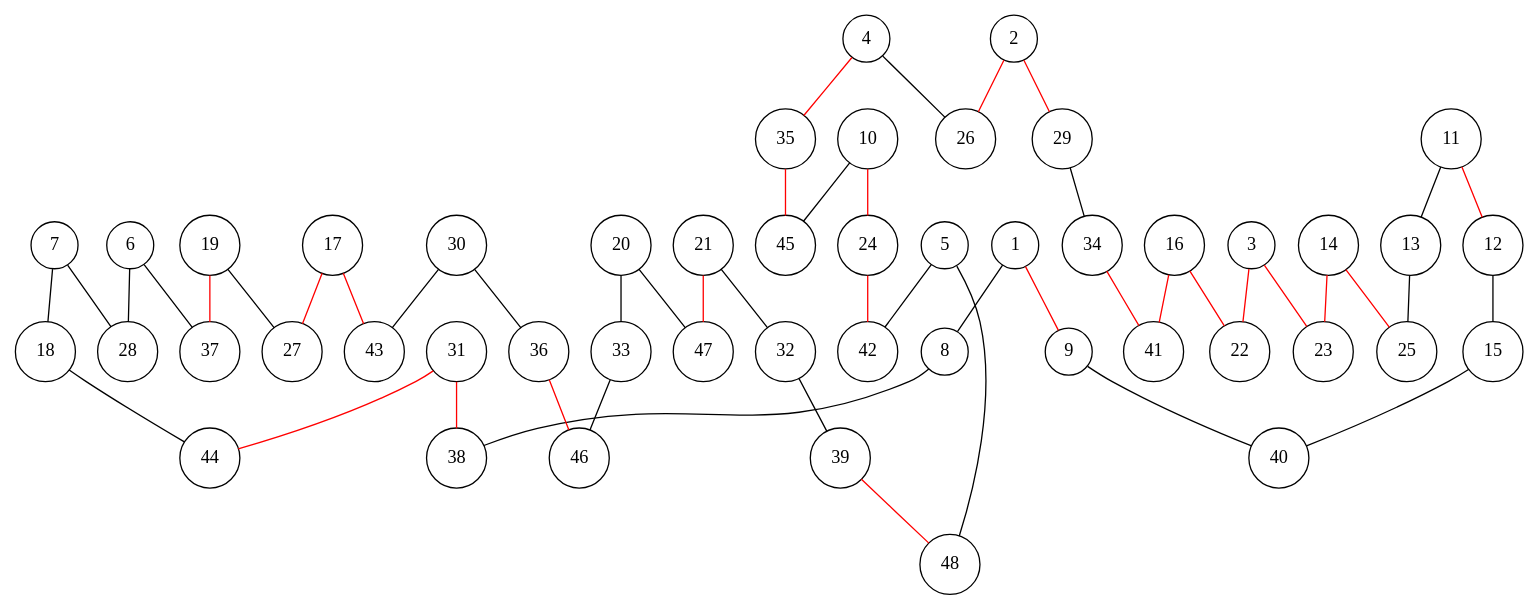
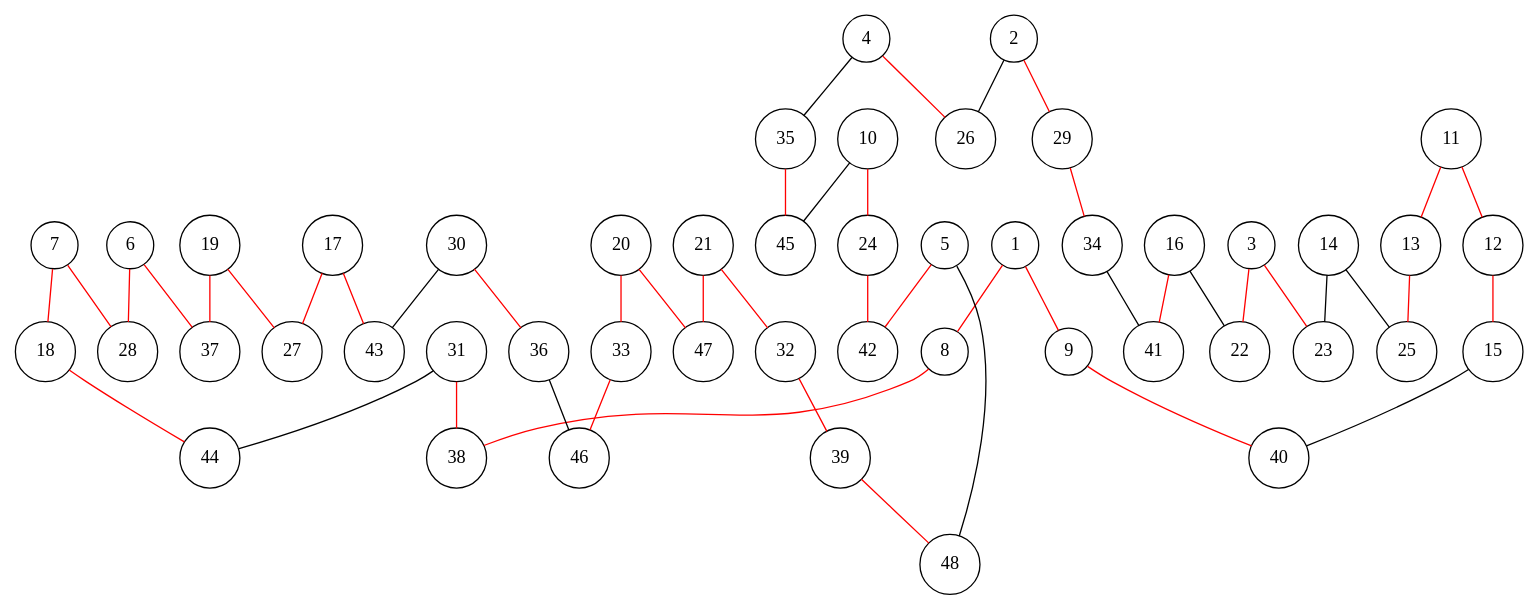
Before and after one commit to lugot/tsp-approximation: the diagram in data_tsplib/att48/att48.1.dot, drawn with Graphviz. The commit also changed 7 other files, not shown here.

```diff
--- a/data_tsplib/att48/att48.1.dot
+++ b/data_tsplib/att48/att48.1.dot
@@ -1,100 +1,100 @@
 graph att48 {
 	node [shape=circle fillcolor=white]
 	1 [ pos = "17.351198,3.743880!"]
 	2 [ pos = "5.753672,0.025767!"]
 	3 [ pos = "14.248905,3.669157!"]
 	4 [ pos = "1.033239,2.166967!"]
 	5 [ pos = "7.941252,4.236022!"]
 	6 [ pos = "19.603195,11.486730!"]
 	7 [ pos = "19.513012,9.574852!"]
 	8 [ pos = "18.719402,3.267199!"]
 	9 [ pos = "17.773770,4.856996!"]
 	10 [ pos = "2.865241,5.279567!"]
 	11 [ pos = "14.089152,6.714764!"]
 	12 [ pos = "15.431590,7.402731!"]
 	13 [ pos = "12.125741,6.889977!"]
 	14 [ pos = "11.883535,5.243494!"]
 	15 [ pos = "16.354032,6.913167!"]
 	16 [ pos = "15.735635,1.723783!"]
 	17 [ pos = "19.610925,13.357382!"]
 	18 [ pos = "19.227003,9.250193!"]
 	19 [ pos = "19.922700,12.169544!"]
 	20 [ pos = "15.202267,9.175470!"]
 	21 [ pos = "11.551147,8.680752!"]
 	22 [ pos = "15.720175,2.860088!"]
 	23 [ pos = "13.396032,5.622262!"]
 	24 [ pos = "4.207678,7.237825!"]
 	25 [ pos = "11.097655,5.982994!"]
 	26 [ pos = "1.739242,2.592115!"]
 	27 [ pos = "19.466632,12.416903!"]
 	28 [ pos = "19.430559,10.257666!"]
 	29 [ pos = "8.186035,1.947952!"]
 	30 [ pos = "18.943571,11.610410!"]
 	31 [ pos = "19.440866,7.217212!"]
 	32 [ pos = "8.361247,8.515846!"]
 	33 [ pos = "16.557588,8.175728!"]
 	34 [ pos = "11.873229,3.086833!"]
 	35 [ pos = "0.059263,5.709869!"]
 	36 [ pos = "18.675599,9.737181!"]
 	37 [ pos = "20.000000,11.839732!"]
 	38 [ pos = "19.046637,5.782015!"]
 	39 [ pos = "8.977068,7.289358!"]
 	40 [ pos = "16.158207,5.501159!"]
 	41 [ pos = "12.844628,0.360732!"]
 	42 [ pos = "4.936872,4.042772!"]
 	43 [ pos = "18.758052,12.623035!"]
 	44 [ pos = "19.348106,8.345787!"]
 	45 [ pos = "0.025767,6.895130!"]
 	46 [ pos = "17.539294,7.711930!"]
 	47 [ pos = "13.359959,8.394744!"]
 	48 [ pos = "7.789230,5.003865!"]
 
-	1 -- 8 [color = black]
+	1 -- 8 [color = red]
 	1 -- 9 [color = red]
-	2 -- 26 [color = red]
+	2 -- 26 [color = black]
 	2 -- 29 [color = red]
 	3 -- 22 [color = red]
 	3 -- 23 [color = red]
-	4 -- 26 [color = black]
-	4 -- 35 [color = red]
-	5 -- 42 [color = black]
+	4 -- 26 [color = red]
+	4 -- 35 [color = black]
+	5 -- 42 [color = red]
 	5 -- 48 [color = black]
-	6 -- 28 [color = black]
-	6 -- 37 [color = black]
-	7 -- 18 [color = black]
-	7 -- 28 [color = black]
-	8 -- 38 [color = black]
-	9 -- 40 [color = black]
+	6 -- 28 [color = red]
+	6 -- 37 [color = red]
+	7 -- 18 [color = red]
+	7 -- 28 [color = red]
+	8 -- 38 [color = red]
+	9 -- 40 [color = red]
 	10 -- 24 [color = red]
 	10 -- 45 [color = black]
 	11 -- 12 [color = red]
-	11 -- 13 [color = black]
-	12 -- 15 [color = black]
-	13 -- 25 [color = black]
-	14 -- 23 [color = red]
-	14 -- 25 [color = red]
+	11 -- 13 [color = red]
+	12 -- 15 [color = red]
+	13 -- 25 [color = red]
+	14 -- 23 [color = black]
+	14 -- 25 [color = black]
 	15 -- 40 [color = black]
-	16 -- 22 [color = red]
+	16 -- 22 [color = black]
 	16 -- 41 [color = red]
 	17 -- 27 [color = red]
 	17 -- 43 [color = red]
-	18 -- 44 [color = black]
-	19 -- 27 [color = black]
+	18 -- 44 [color = red]
+	19 -- 27 [color = red]
 	19 -- 37 [color = red]
-	20 -- 33 [color = black]
-	20 -- 47 [color = black]
-	21 -- 32 [color = black]
+	20 -- 33 [color = red]
+	20 -- 47 [color = red]
+	21 -- 32 [color = red]
 	21 -- 47 [color = red]
 	24 -- 42 [color = red]
-	29 -- 34 [color = black]
-	30 -- 36 [color = black]
+	29 -- 34 [color = red]
+	30 -- 36 [color = red]
 	30 -- 43 [color = black]
 	31 -- 38 [color = red]
-	31 -- 44 [color = red]
-	32 -- 39 [color = black]
-	33 -- 46 [color = black]
-	34 -- 41 [color = red]
+	31 -- 44 [color = black]
+	32 -- 39 [color = red]
+	33 -- 46 [color = red]
+	34 -- 41 [color = black]
 	35 -- 45 [color = red]
-	36 -- 46 [color = red]
+	36 -- 46 [color = black]
 	39 -- 48 [color = red]
 }
```
